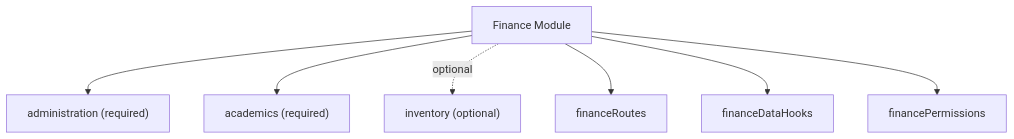
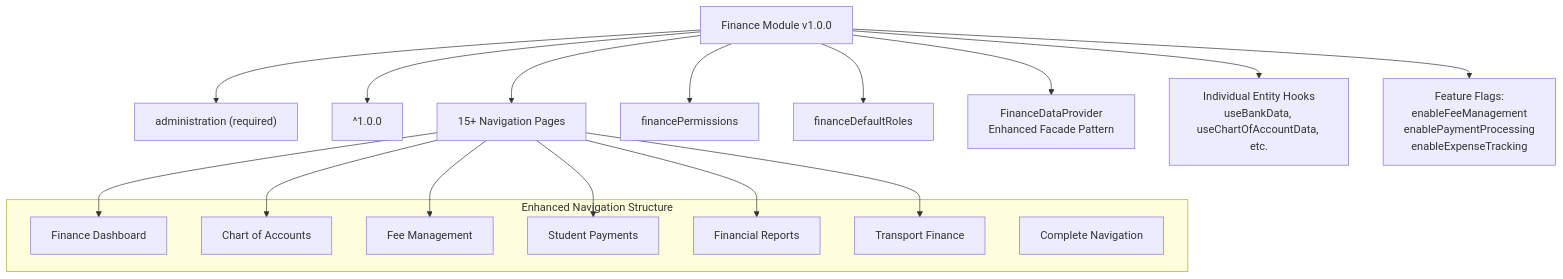
The seventh of 7 diagrams in .qoder/repowiki/en/content/Modules System/Finance Module.md (geniusdynamics/schoolpilot), drawn with Mermaid before and after one commit. The commit also changed other lines of this file and 16 other files, not shown here.

````diff
--- a/.qoder/repowiki/en/content/Modules System/Finance Module.md
+++ b/.qoder/repowiki/en/content/Modules System/Finance Module.md
@@ -252,9 +321,26 @@
 ```mermaid
 graph TB
-Finance["Finance Module"] --> Admin["administration (required)"]
-Finance --> Acad["academics (required)"]
-Finance -. optional .-> Inv["inventory (optional)"]
-Finance --> Routes["financeRoutes"]
-Finance --> Hooks["financeDataHooks"]
-Finance --> Perms["financePermissions"]
+Finance["Finance Module v1.0.0"] --> Admin["administration (required)"]
+Finance --> Version["^1.0.0"]
+Finance --> Navigation["15+ Navigation Pages"]
+Finance --> Permissions["financePermissions"]
+Finance --> Roles["financeDefaultRoles"]
+Finance --> Provider["FinanceDataProvider<br/>Enhanced Facade Pattern"]
+Finance --> Hooks["Individual Entity Hooks<br/>useBankData, useChartOfAccountData, etc."]
+Finance --> Settings["Feature Flags:<br/>enableFeeManagement<br/>enablePaymentProcessing<br/>enableExpenseTracking"]
+subgraph "Enhanced Navigation Structure"
+Dashboard["Finance Dashboard"]
+Accounts["Chart of Accounts"]
+Fees["Fee Management"]
+Payments["Student Payments"]
+Reports["Financial Reports"]
+Transport["Transport Finance"]
+End["Complete Navigation"]
+end
+Navigation --> Dashboard
+Navigation --> Accounts
+Navigation --> Fees
+Navigation --> Payments
+Navigation --> Reports
+Navigation --> Transport
 ```
````
